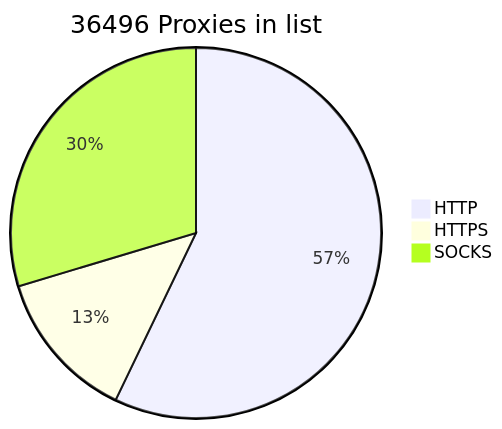
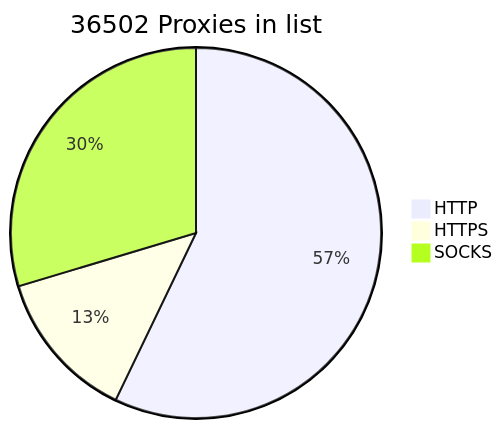
Before and after one commit to BlackSnowDot/proxylist-update-every-minute: the diagram in README.md, drawn with Mermaid.

````diff
--- a/README.md
+++ b/README.md
@@ -2,6 +2,6 @@
 ```mermaid
-pie title 36496 Proxies in list
-    "HTTP" : 23165
-    "HTTPS": 5360
+pie title 36502 Proxies in list
+    "HTTP" : 23167
+    "HTTPS": 5363
     "SOCKS" : 12018
 ```
````
